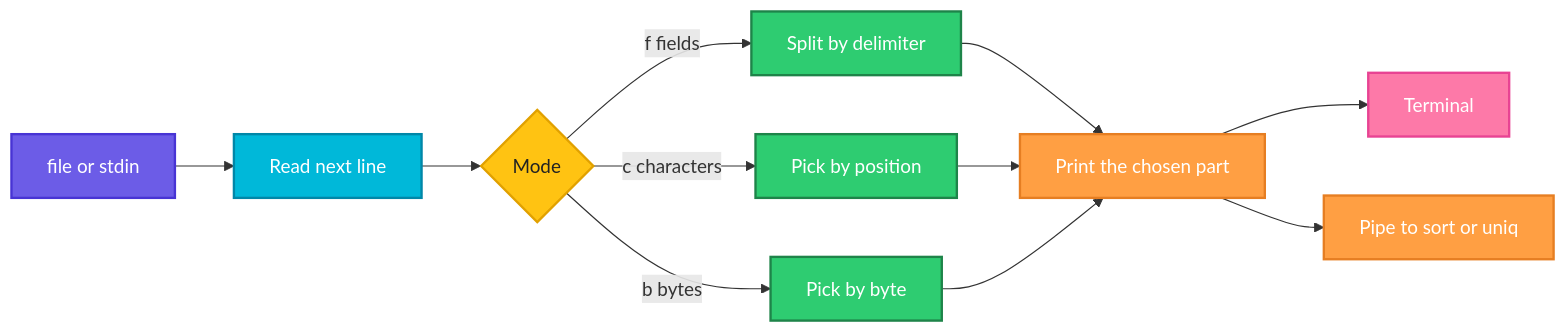
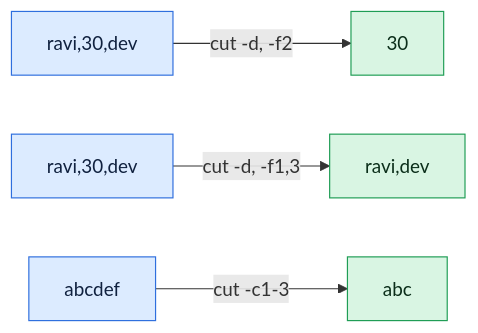
Before and after one commit to codeKerdosTech/DevOps-Documentation: the diagram in linux/text-processing/cut.md, drawn with Mermaid. The commit also changed other lines of this file and 165 other files, not shown here.

Commit message:
updated diagrams in linux

````diff
--- a/linux/text-processing/cut.md
+++ b/linux/text-processing/cut.md
@@ -16,27 +16,13 @@
 ```mermaid
 flowchart LR
-    A[file or stdin] --> B[Read next line]
-    B --> C{Mode}
-    C -->|f fields| D[Split by delimiter]
-    C -->|c characters| E[Pick by position]
-    C -->|b bytes| F[Pick by byte]
-    D --> G[Print the chosen part]
-    E --> G
-    F --> G
-    G --> H[Terminal]
-    G --> I[Pipe to sort or uniq]
-    classDef start fill:#6C5CE7,stroke:#4834D4,stroke-width:2px,color:#fff
-    classDef proc fill:#00B8D9,stroke:#0087A8,stroke-width:2px,color:#fff
-    classDef dec fill:#FFC312,stroke:#E1A100,stroke-width:2px,color:#222
-    classDef ok fill:#2ECC71,stroke:#1E8449,stroke-width:2px,color:#fff
-    classDef err fill:#FF4757,stroke:#C0392B,stroke-width:2px,color:#fff
-    classDef out fill:#FD79A8,stroke:#E84393,stroke-width:2px,color:#fff
-    classDef alt fill:#FF9F43,stroke:#E67E22,stroke-width:2px,color:#fff
-    class A start
-    class B proc
-    class C dec
-    class D,E,F ok
-    class G alt
-    class H out
-    class I alt
+    i1[ravi,30,dev] -->|cut -d, -f2| o1[30]
+    i2[ravi,30,dev] -->|cut -d, -f1,3| o2[ravi,dev]
+    i3[abcdef] -->|cut -c1-3| o3[abc]
+    classDef inp fill:#DCEBFF,stroke:#2F6FDE,color:#10213F
+    classDef cmd fill:#FFF0C2,stroke:#C98A00,color:#3A2A00
+    classDef out fill:#D9F5E3,stroke:#1F9D55,color:#0B2E1A
+    classDef bad fill:#FDE0E0,stroke:#D13B3B,color:#4A0F0F
+    classDef note fill:#ECEFF3,stroke:#7B8794,color:#1F2933
+    class i1,i2,i3 inp
+    class o1,o2,o3 out
 ```
````
